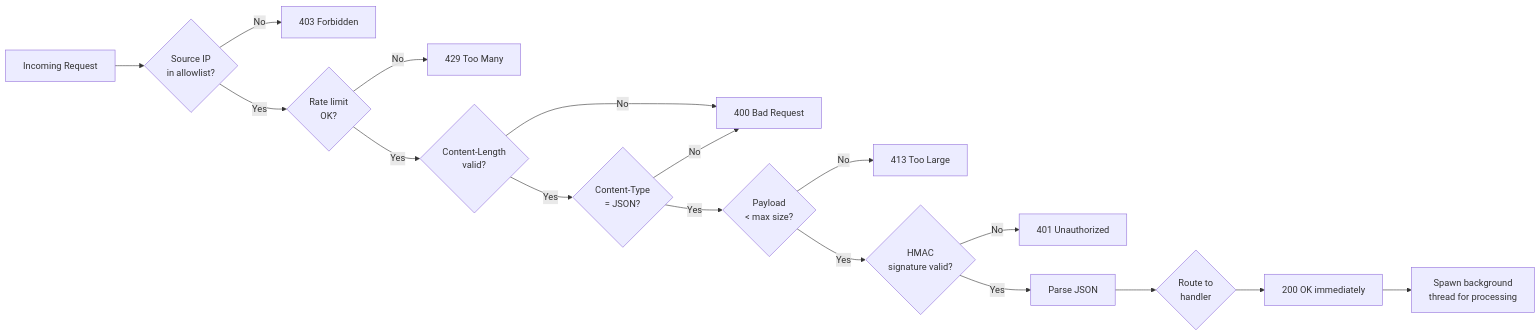
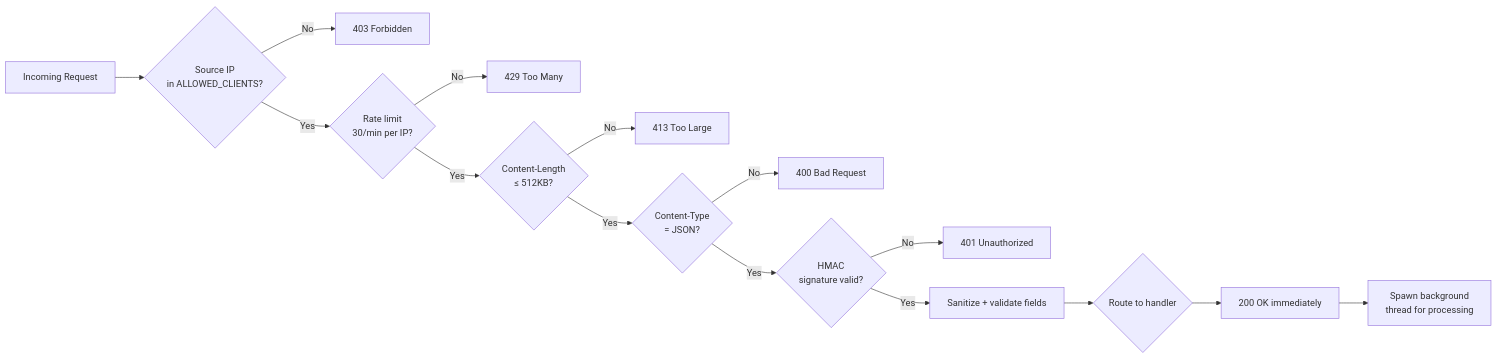
One commit to perezjoseph/Gestion-inmobiliaria changed the sixth of 11 diagrams in scripts/quality_webhook/Architecture.md. Above: the diagram before and after it, drawn with Mermaid. The commit also changed other lines of this file and 6 other files, not shown here.

````diff
--- a/scripts/quality_webhook/Architecture.md
+++ b/scripts/quality_webhook/Architecture.md
@@ -194,19 +253,17 @@
 ```mermaid
 flowchart LR
-    REQ[Incoming Request] --> IP{Source IP<br/>in allowlist?}
+    REQ[Incoming Request] --> IP{Source IP<br/>in ALLOWED_CLIENTS?}
     IP -->|No| R403[403 Forbidden]
-    IP -->|Yes| RL{Rate limit<br/>OK?}
+    IP -->|Yes| RL{Rate limit<br/>30/min per IP?}
     RL -->|No| R429[429 Too Many]
-    RL -->|Yes| CL{Content-Length<br/>valid?}
-    CL -->|No| R400[400 Bad Request]
+    RL -->|Yes| CL{Content-Length<br/>≤ 512KB?}
+    CL -->|No| R413[413 Too Large]
     CL -->|Yes| CT{Content-Type<br/>= JSON?}
-    CT -->|No| R400
-    CT -->|Yes| SZ{Payload<br/>< max size?}
-    SZ -->|No| R413[413 Too Large]
-    SZ -->|Yes| HMAC{HMAC<br/>signature valid?}
+    CT -->|No| R400[400 Bad Request]
+    CT -->|Yes| HMAC{HMAC<br/>signature valid?}
     HMAC -->|No| R401[401 Unauthorized]
-    HMAC -->|Yes| PARSE[Parse JSON]
-    PARSE --> ROUTE{Route to<br/>handler}
+    HMAC -->|Yes| SANITIZE[Sanitize + validate fields]
+    SANITIZE --> ROUTE{Route to handler}
     ROUTE --> RESPOND[200 OK immediately]
     RESPOND --> THREAD[Spawn background<br/>thread for processing]
 ```
````
